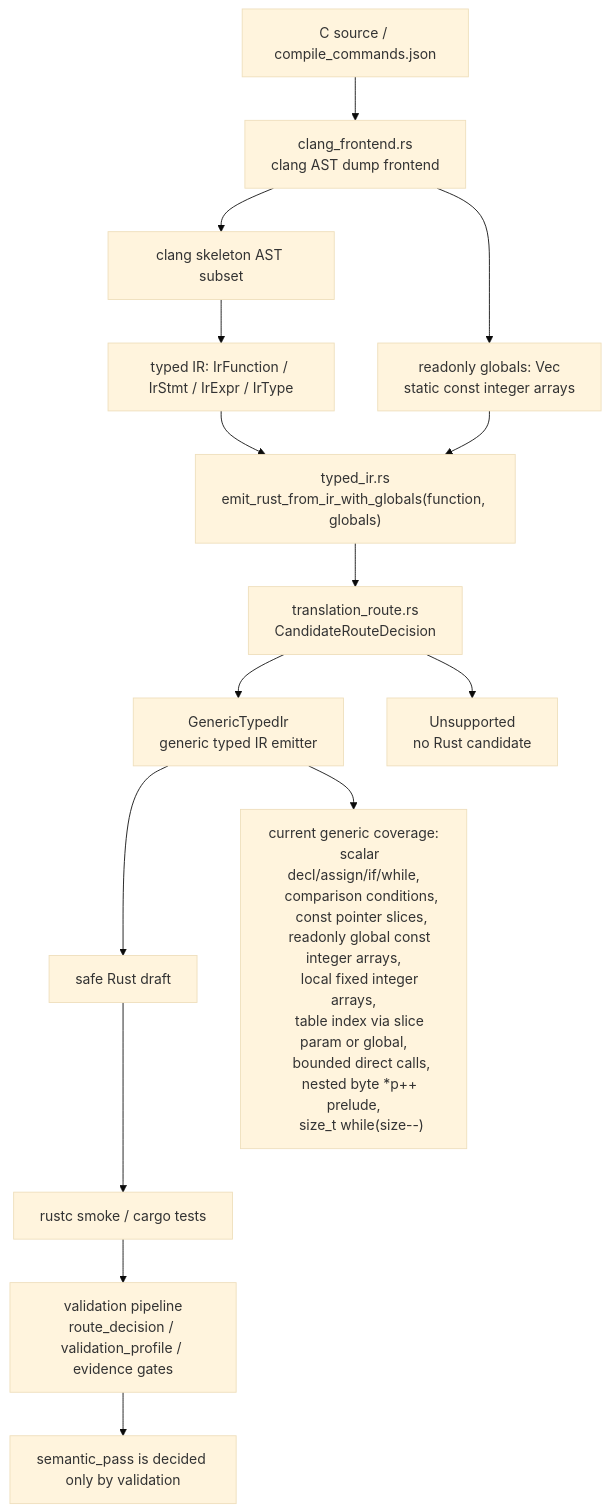
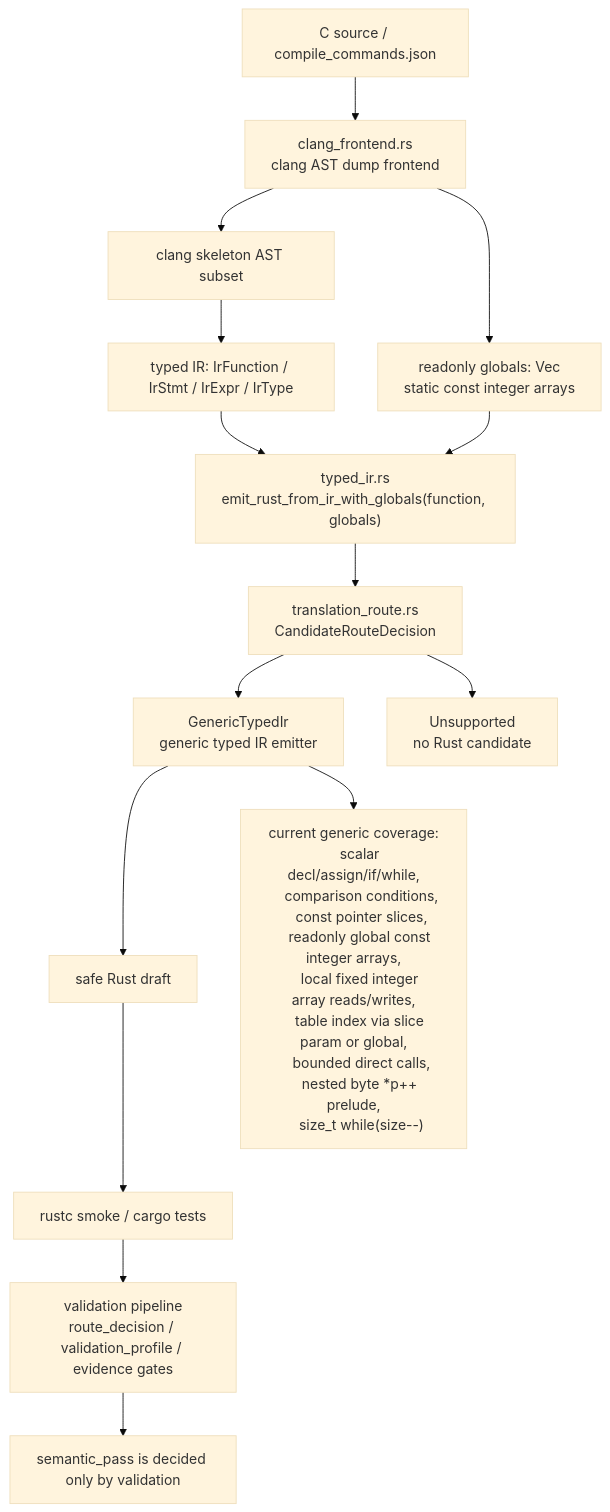
The diagram in docs/c2rust-migration-agent/core-translation-architecture.en.md (guoqihan342-svg/c-to-rust), drawn with Mermaid (base theme) before and after one commit. The commit also changed other lines of this file and 8 other files, not shown here.

Commit message:
Support local array index assignments

````diff
--- a/docs/c2rust-migration-agent/core-translation-architecture.en.md
+++ b/docs/c2rust-migration-agent/core-translation-architecture.en.md
@@ -7,27 +7,27 @@
 ```mermaid
 flowchart TD
     C["C source / compile_commands.json"] --> Clang["clang_frontend.rs<br/>clang AST dump frontend"]
     Clang --> Skeleton["clang skeleton AST subset"]
     Skeleton --> IR["typed IR: IrFunction / IrStmt / IrExpr / IrType"]
     Clang --> Globals["readonly globals: Vec<IrGlobal><br/>static const integer arrays"]
     IR --> EmitCtx["typed_ir.rs<br/>emit_rust_from_ir_with_globals(function, globals)"]
     Globals --> EmitCtx
     EmitCtx --> RouteMeta["translation_route.rs<br/>CandidateRouteDecision"]
     RouteMeta --> Generic["GenericTypedIr<br/>generic typed IR emitter"]
     RouteMeta --> Unsupported["Unsupported<br/>no Rust candidate"]
     Generic --> Rust["safe Rust draft"]
     Rust --> Rustc["rustc smoke / cargo tests"]
     Rustc --> Validation["validation pipeline<br/>route_decision / validation_profile / evidence gates"]
 
     Generic --> Supported["current generic coverage:
     scalar decl/assign/if/while,
     comparison conditions,
     const pointer slices,
     readonly global const integer arrays,
-    local fixed integer arrays,
+    local fixed integer array reads/writes,
     table index via slice param or global,
     bounded direct calls,
     nested byte *p++ prelude,
     size_t while(size--)"]
     Validation --> Semantic["semantic_pass is decided only by validation"]
 ```
````
